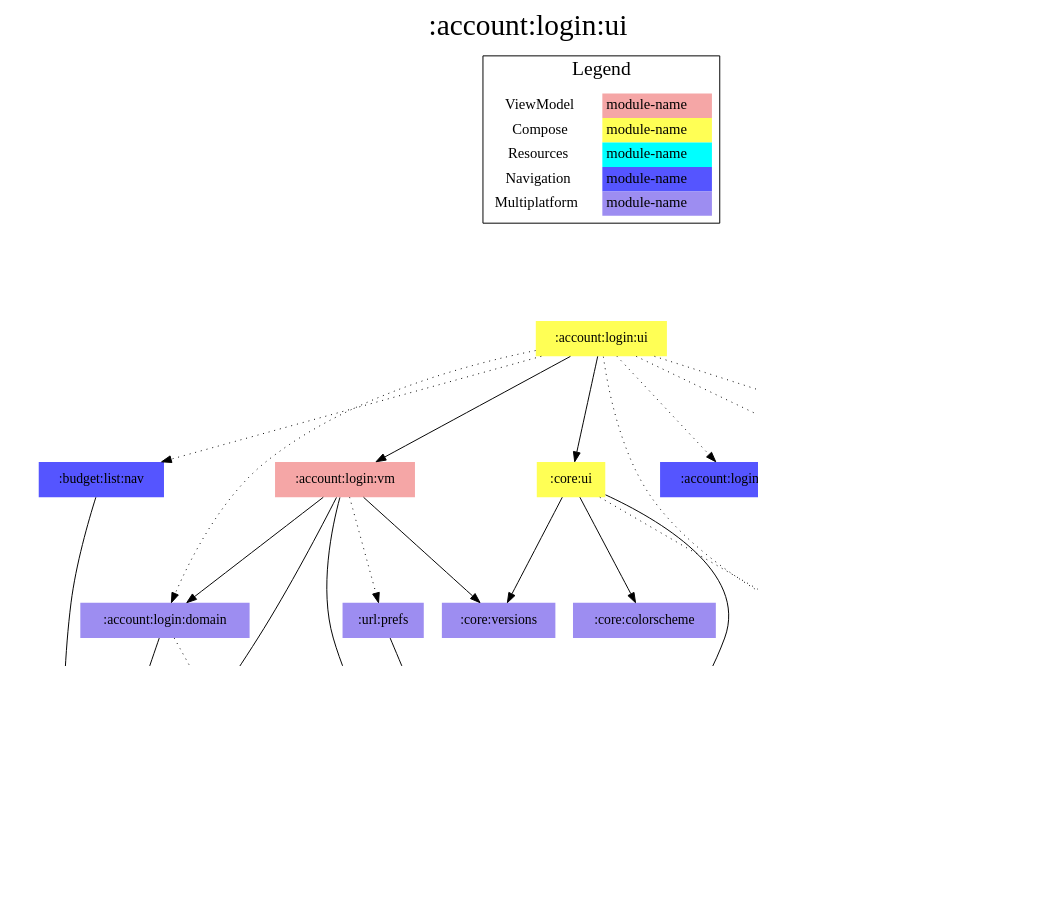
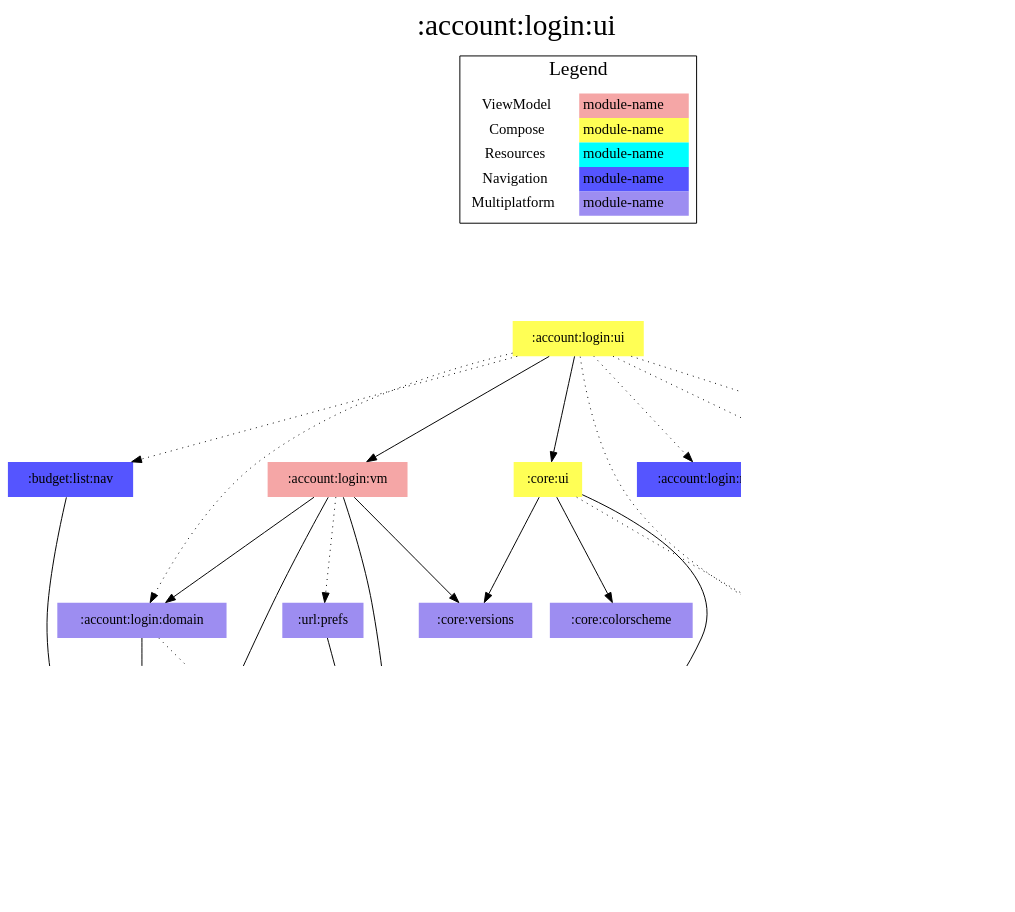
Before and after one commit to jonapoul/aktual: the diagram in modules/account/login/ui/project-dependency-graph.dot, drawn with Graphviz. The commit also changed 113 other files, not shown here.

```diff
--- a/modules/account/login/ui/project-dependency-graph.dot
+++ b/modules/account/login/ui/project-dependency-graph.dot
@@ -1,64 +1,62 @@
 digraph {
 edge ["dir"="forward"]
 graph ["dpi"="100","label"=":account:login:ui","labelloc"="t","fontsize"="30","ranksep"="1.5","rankdir"="TB"]
 node ["style"="filled"]
+":account:login:domain" ["fillcolor"="#9D8DF1","shape"="none"]
+":account:login:nav" ["fillcolor"="#5555FF","shape"="none"]
+":account:login:res" ["fillcolor"="#00FFFF","shape"="none"]
 ":account:login:ui" ["fillcolor"="#FFFF55","shape"="none"]
 ":account:login:vm" ["fillcolor"="#F5A6A6","shape"="none"]
-":account:login:domain" ["fillcolor"="#9D8DF1","shape"="none"]
 ":account:model" ["fillcolor"="#9D8DF1","shape"="none"]
 ":api:actual" ["fillcolor"="#9D8DF1","shape"="none"]
+":budget:list:nav" ["fillcolor"="#5555FF","shape"="none"]
 ":budget:model" ["fillcolor"="#9D8DF1","shape"="none"]
-":url:model" ["fillcolor"="#9D8DF1","shape"="none"]
-":codegen:annotation" ["fillcolor"="#9D8DF1","shape"="none"]
-":core:versions" ["fillcolor"="#9D8DF1","shape"="none"]
-":url:prefs" ["fillcolor"="#9D8DF1","shape"="none"]
-":core:ui" ["fillcolor"="#FFFF55","shape"="none"]
 ":core:colorscheme" ["fillcolor"="#9D8DF1","shape"="none"]
 ":core:res" ["fillcolor"="#00FFFF","shape"="none"]
-":account:login:nav" ["fillcolor"="#5555FF","shape"="none"]
-":account:login:res" ["fillcolor"="#00FFFF","shape"="none"]
-":budget:list:nav" ["fillcolor"="#5555FF","shape"="none"]
+":core:ui" ["fillcolor"="#FFFF55","shape"="none"]
+":core:versions" ["fillcolor"="#9D8DF1","shape"="none"]
+":url:model" ["fillcolor"="#9D8DF1","shape"="none"]
 ":url:nav" ["fillcolor"="#5555FF","shape"="none"]
+":url:prefs" ["fillcolor"="#9D8DF1","shape"="none"]
 {
 edge ["dir"="none"]
 graph ["rank"="same"]
 }
 ":account:login:domain" -> ":account:model"
 ":account:login:domain" -> ":api:actual" ["style"="dotted"]
 ":account:login:ui" -> ":account:login:domain" ["style"="dotted"]
 ":account:login:ui" -> ":account:login:nav" ["style"="dotted"]
 ":account:login:ui" -> ":account:login:res" ["style"="dotted"]
 ":account:login:ui" -> ":account:login:vm"
 ":account:login:ui" -> ":budget:list:nav" ["style"="dotted"]
 ":account:login:ui" -> ":core:res" ["style"="dotted"]
 ":account:login:ui" -> ":core:ui"
 ":account:login:ui" -> ":url:nav" ["style"="dotted"]
 ":account:login:vm" -> ":account:login:domain"
 ":account:login:vm" -> ":account:model"
 ":account:login:vm" -> ":core:versions"
 ":account:login:vm" -> ":url:model"
 ":account:login:vm" -> ":url:prefs" ["style"="dotted"]
 ":api:actual" -> ":account:model"
 ":api:actual" -> ":budget:model"
-":api:actual" -> ":codegen:annotation" ["style"="dotted"]
 ":api:actual" -> ":url:model"
 ":budget:list:nav" -> ":account:model"
 ":core:ui" -> ":core:colorscheme"
 ":core:ui" -> ":core:res" ["style"="dotted"]
 ":core:ui" -> ":core:versions"
 ":core:ui" -> ":url:model"
 ":url:prefs" -> ":url:model"
 subgraph "cluster_legend" {
 edge ["dir"="none"]
 graph ["label"="Legend","fontsize"="20"]
 "Legend" ["style"="filled","fillcolor"="#FFFFFF","shape"="none","margin"="0","fontsize"="15","label"=<
 <TABLE BORDER="0" CELLBORDER="0" CELLSPACING="0" CELLPADDING="4">
 <TR><TD>ViewModel</TD><TD BGCOLOR="#F5A6A6">module-name</TD></TR>
 <TR><TD>Compose</TD><TD BGCOLOR="#FFFF55">module-name</TD></TR>
 <TR><TD>Resources</TD><TD BGCOLOR="#00FFFF">module-name</TD></TR>
 <TR><TD>Navigation</TD><TD BGCOLOR="#5555FF">module-name</TD></TR>
 <TR><TD>Multiplatform</TD><TD BGCOLOR="#9D8DF1">module-name</TD></TR>
 </TABLE>
 >]
 } -> ":account:login:ui" ["style"="invis"]
 }
```
